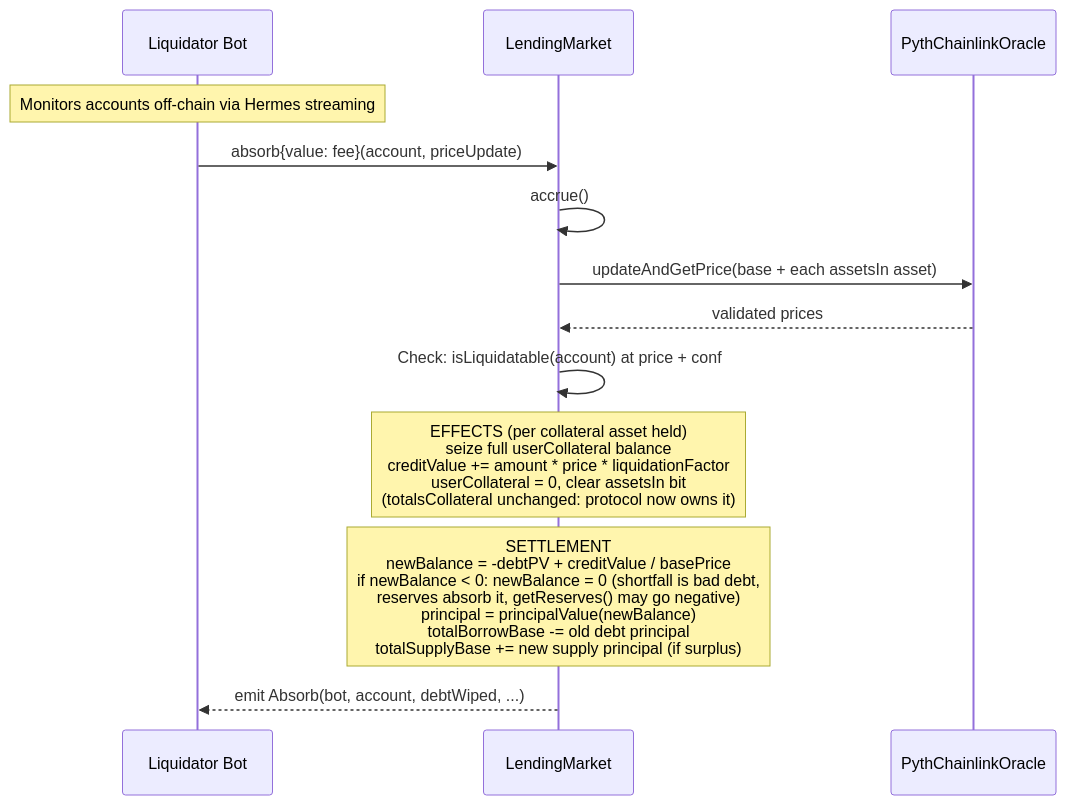
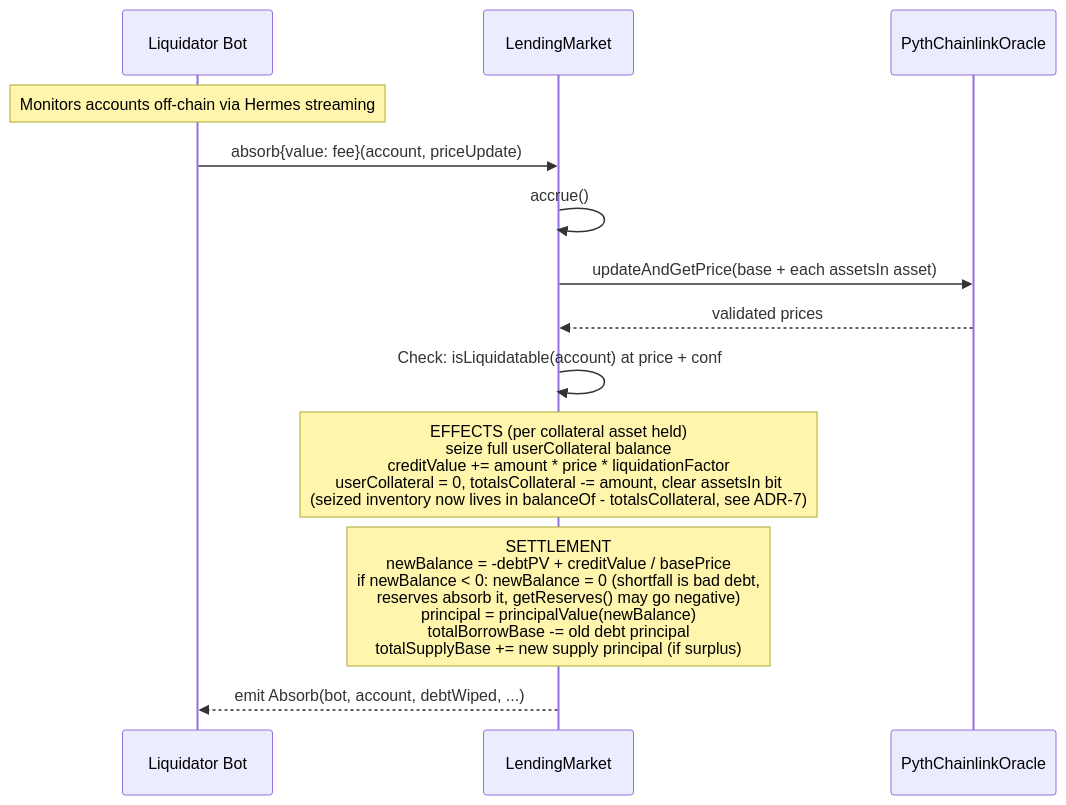
The fifth of 6 diagrams in docs/03-architecture.md (GushALKDev/evm-lending-borrowing-protocol), drawn with Mermaid before and after one commit. The commit also changed other lines of this file and 13 other files, not shown here.

````diff
--- a/docs/03-architecture.md
+++ b/docs/03-architecture.md
@@ -438,19 +438,19 @@
 ```mermaid
 sequenceDiagram
     participant Bot as Liquidator Bot
     participant Market as LendingMarket
     participant Oracle as PythChainlinkOracle
 
     Note over Bot: Monitors accounts off-chain via Hermes streaming
     Bot->>Market: absorb{value: fee}(account, priceUpdate)
     Market->>Market: accrue()
     Market->>Oracle: updateAndGetPrice(base + each assetsIn asset)
     Oracle-->>Market: validated prices
     Market->>Market: Check: isLiquidatable(account) at price + conf
 
-    Note over Market: EFFECTS (per collateral asset held)<br/>seize full userCollateral balance<br/>creditValue += amount * price * liquidationFactor<br/>userCollateral = 0, clear assetsIn bit<br/>(totalsCollateral unchanged: protocol now owns it)
+    Note over Market: EFFECTS (per collateral asset held)<br/>seize full userCollateral balance<br/>creditValue += amount * price * liquidationFactor<br/>userCollateral = 0, totalsCollateral -= amount, clear assetsIn bit<br/>(seized inventory now lives in balanceOf - totalsCollateral, see ADR-7)
 
     Note over Market: SETTLEMENT<br/>newBalance = -debtPV + creditValue / basePrice<br/>if newBalance < 0: newBalance = 0 (shortfall is bad debt,<br/>reserves absorb it, getReserves() may go negative)<br/>principal = principalValue(newBalance)<br/>totalBorrowBase -= old debt principal<br/>totalSupplyBase += new supply principal (if surplus)
 
     Market-->>Bot: emit Absorb(bot, account, debtWiped, ...)
 ```
````
